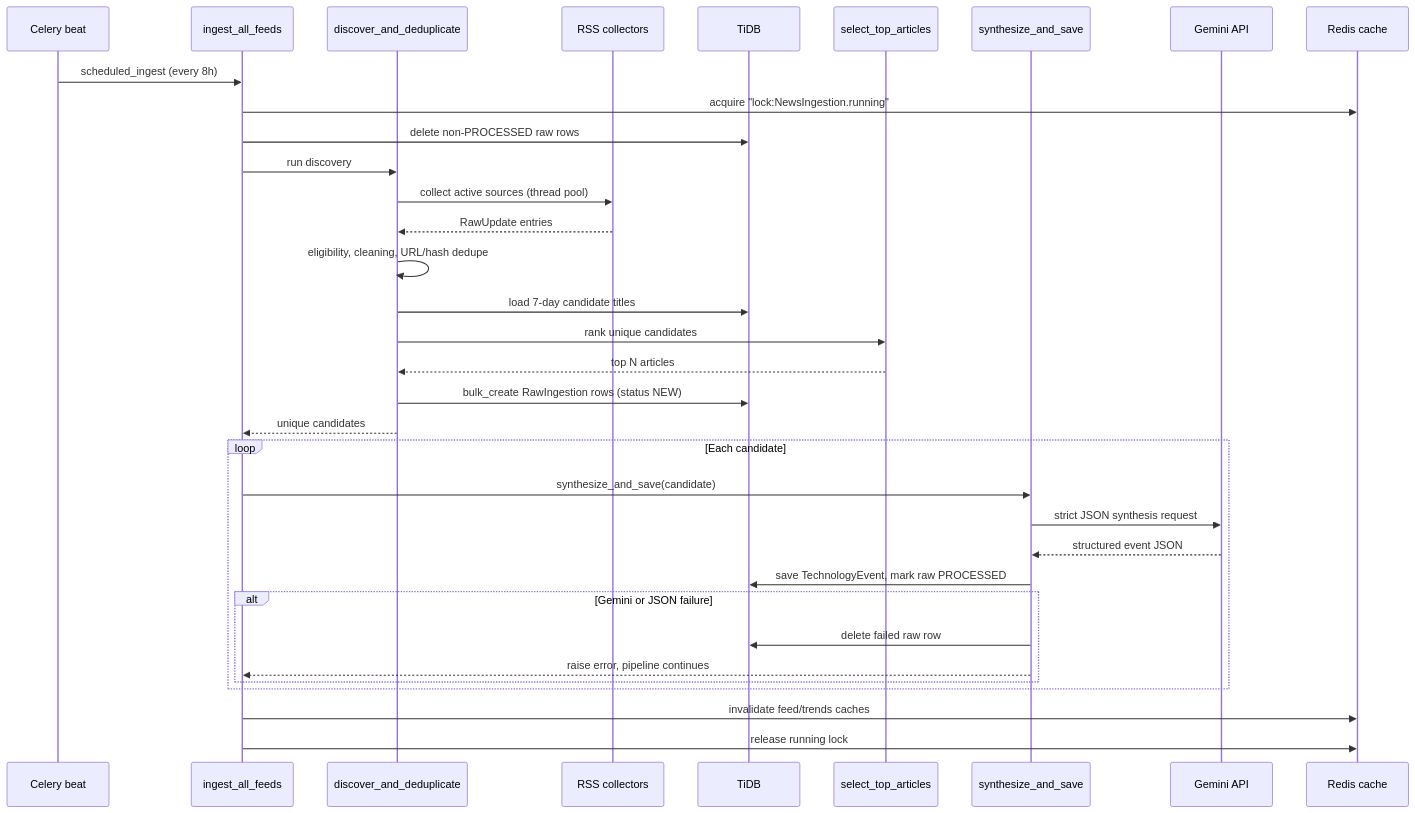
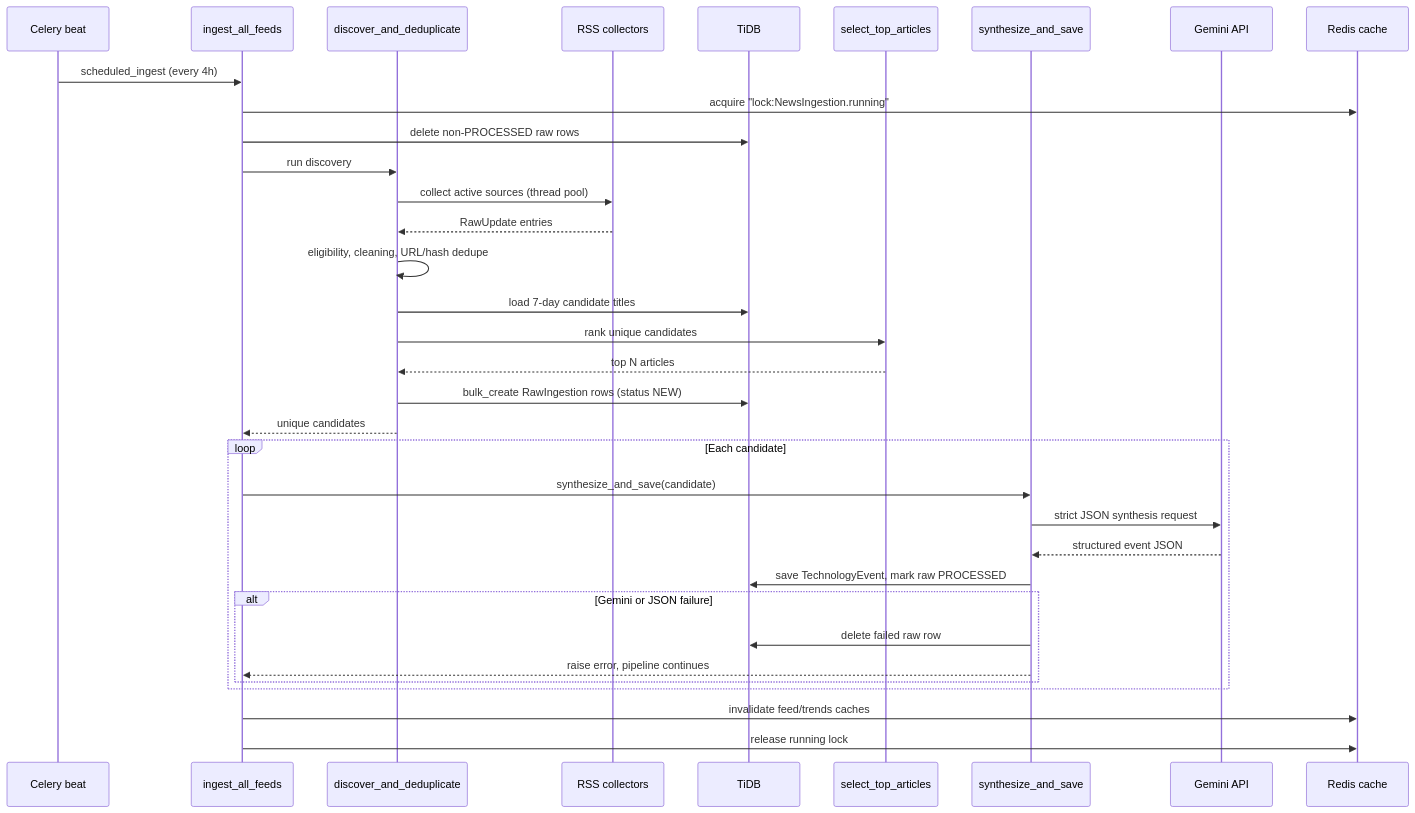
One commit to karannchaudhari04/TechPulse-AI changed the diagram in docs/Pipeline.md. Above: the diagram before and after it, drawn with Mermaid. The commit also changed other lines of this file and 16 other files, not shown here.

````diff
--- a/docs/Pipeline.md
+++ b/docs/Pipeline.md
@@ -9,39 +9,39 @@
 ```mermaid
 sequenceDiagram
     participant Beat as Celery beat
     participant Task as ingest_all_feeds
     participant Discovery as discover_and_deduplicate
     participant RSS as RSS collectors
     participant DB as TiDB
     participant Ranker as select_top_articles
     participant Synth as synthesize_and_save
     participant Gemini as Gemini API
     participant Cache as Redis cache
 
-    Beat->>Task: scheduled_ingest (every 8h)
+    Beat->>Task: scheduled_ingest (every 4h)
     Task->>Cache: acquire "lock:NewsIngestion.running"
     Task->>DB: delete non-PROCESSED raw rows
     Task->>Discovery: run discovery
     Discovery->>RSS: collect active sources (thread pool)
     RSS-->>Discovery: RawUpdate entries
     Discovery->>Discovery: eligibility, cleaning, URL/hash dedupe
     Discovery->>DB: load 7-day candidate titles
     Discovery->>Ranker: rank unique candidates
     Ranker-->>Discovery: top N articles
     Discovery->>DB: bulk_create RawIngestion rows (status NEW)
     Discovery-->>Task: unique candidates
 
     loop Each candidate
         Task->>Synth: synthesize_and_save(candidate)
         Synth->>Gemini: strict JSON synthesis request
         Gemini-->>Synth: structured event JSON
         Synth->>DB: save TechnologyEvent, mark raw PROCESSED
         alt Gemini or JSON failure
             Synth->>DB: delete failed raw row
             Synth-->>Task: raise error, pipeline continues
         end
     end
 
     Task->>Cache: invalidate feed/trends caches
     Task->>Cache: release running lock
 ```
````
